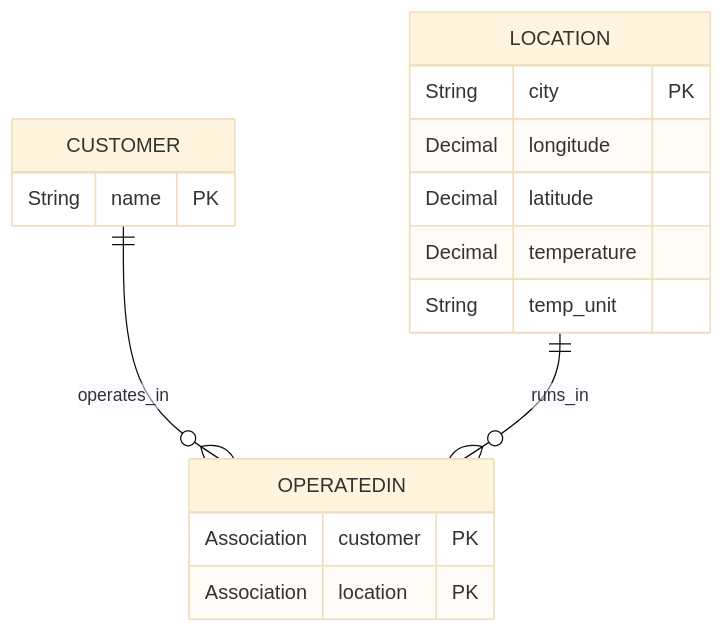
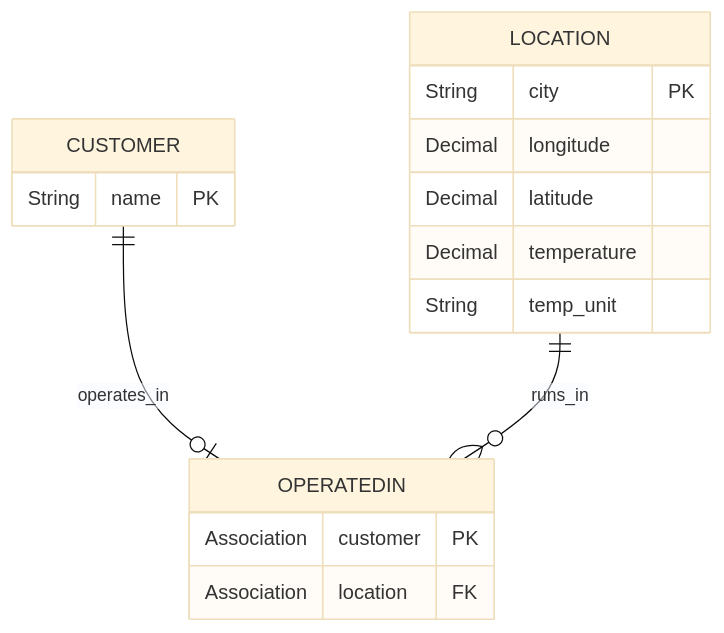
One commit to clouddnagmbh/live-session-CAP-External-Service-Weather changed the diagram in README.md. Above: the diagram before and after it, drawn with Mermaid (base theme). The commit also changed other lines of this file, not shown here.

Commit message:
README: OperatedIn links each customer to one location

````diff
--- a/README.md
+++ b/README.md
@@ -46,22 +46,22 @@
 ```mermaid
 erDiagram
-    CUSTOMER ||--o{ OPERATEDIN : operates_in
+    CUSTOMER ||--o| OPERATEDIN : operates_in
     LOCATION ||--o{ OPERATEDIN : runs_in
 
     CUSTOMER {
         String name PK
     }
 
     LOCATION {
         String  city PK
         Decimal longitude
         Decimal latitude
         Decimal temperature
         String  temp_unit
     }
 
     OPERATEDIN {
         Association customer PK
-        Association location PK
+        Association location FK
     }
 ```
````
